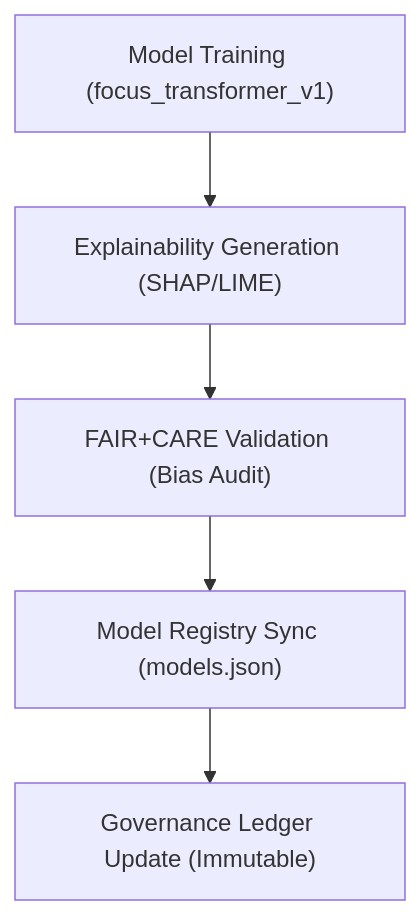
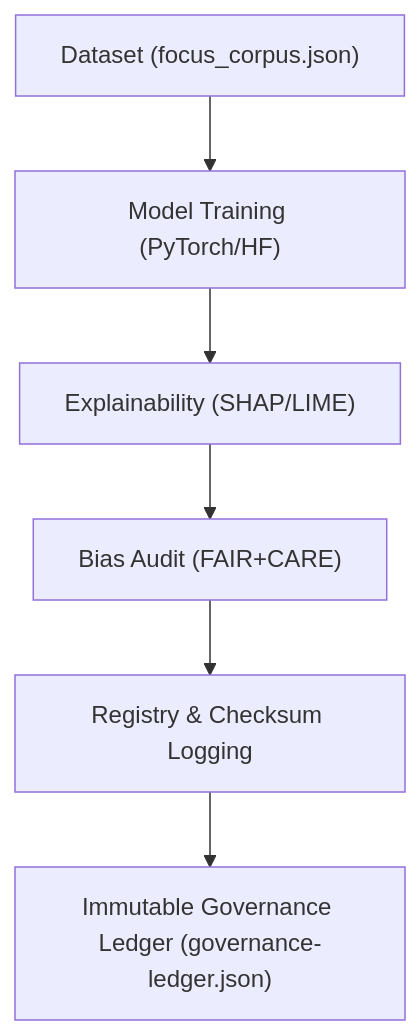
Before and after one commit to bartytime4life/Kansas-Frontier-Matrix: the diagram in src/ai/models/focus_transformer_v1/README.md, drawn with Mermaid. The commit also changed other lines of this file, not shown here.

First line of the commit message:
Revise README for Focus Transformer v1 documentation

````diff
--- a/src/ai/models/focus_transformer_v1/README.md
+++ b/src/ai/models/focus_transformer_v1/README.md
@@ -149,7 +165,8 @@
 ```mermaid
 flowchart TD
-    A["Model Training (focus_transformer_v1)"] --> B["Explainability Generation (SHAP/LIME)"]
-    B --> C["FAIR+CARE Validation (Bias Audit)"]
-    C --> D["Model Registry Sync (models.json)"]
-    D --> E["Governance Ledger Update (Immutable)"]
+    A["Dataset (focus_corpus.json)"] --> B["Model Training (PyTorch/HF)"]
+    B --> C["Explainability (SHAP/LIME)"]
+    C --> D["Bias Audit (FAIR+CARE)"]
+    D --> E["Registry & Checksum Logging"]
+    E --> F["Immutable Governance Ledger (governance-ledger.json)"]
 ```
````
